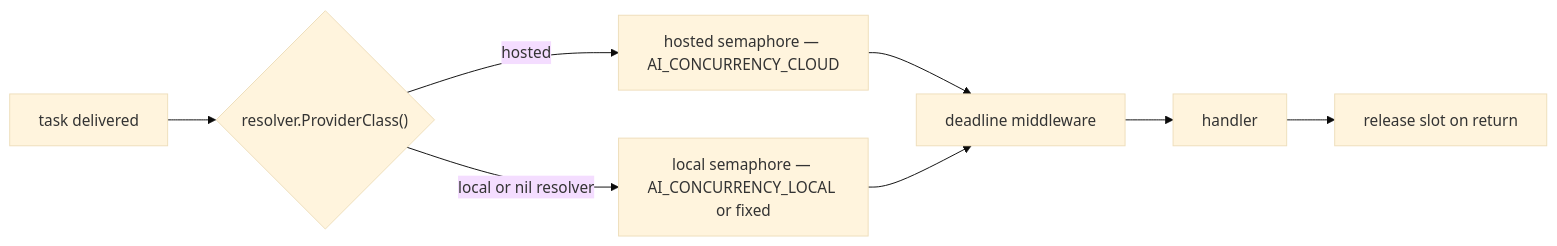
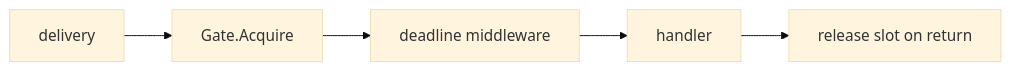
One commit to nonamecat19/job-finder changed the second of 3 diagrams in docs/docs/async/overview.md. Above: the diagram before and after it, drawn with Mermaid (base theme). The commit also changed other lines of this file and 13 other files, not shown here.

````diff
--- a/docs/docs/async/overview.md
+++ b/docs/docs/async/overview.md
@@ -71,10 +72,7 @@
 ```mermaid
 flowchart LR
-    T["task delivered"] --> G{"resolver.ProviderClass()"}
-    G -->|hosted| SH["hosted semaphore — AI_CONCURRENCY_CLOUD"]
-    G -->|local or nil resolver| SL["local semaphore — AI_CONCURRENCY_LOCAL or fixed"]
-    SH --> D["deadline middleware"]
-    SL --> D
+    T["delivery"] --> G["Gate.Acquire"]
+    G --> D["deadline middleware"]
     D --> H["handler"]
     H --> REL["release slot on return"]
 ```
````
